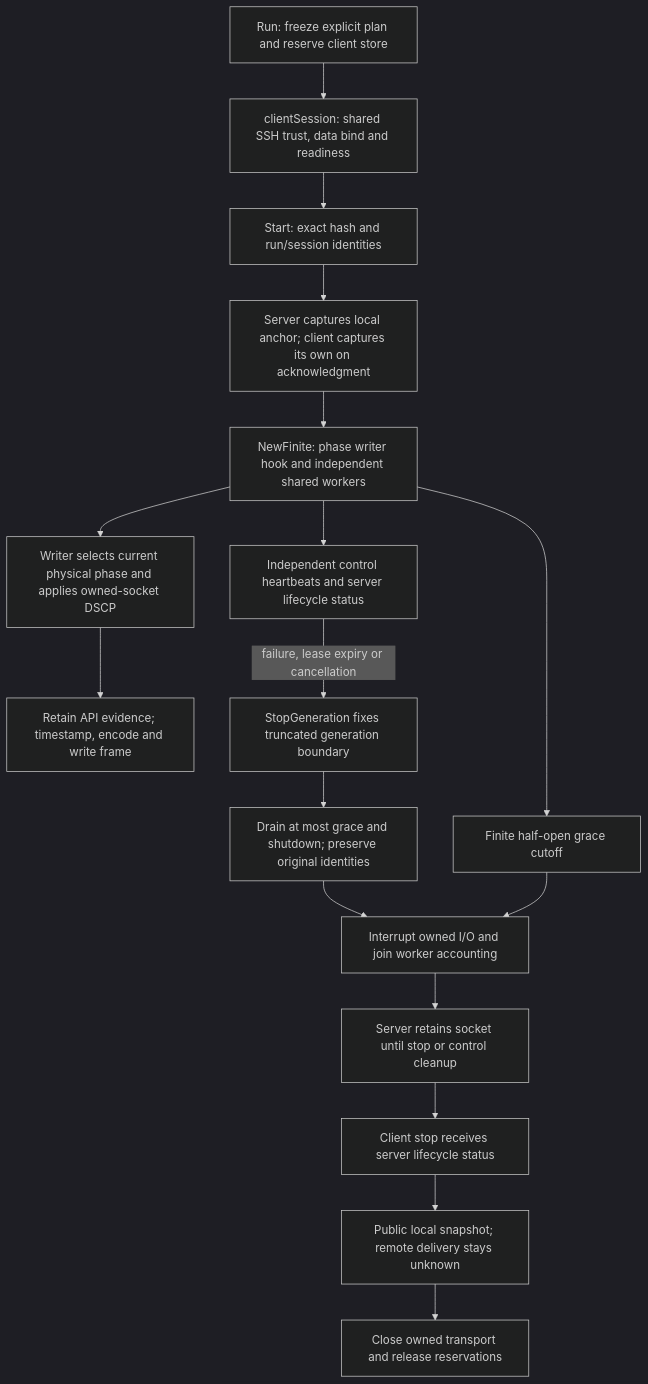
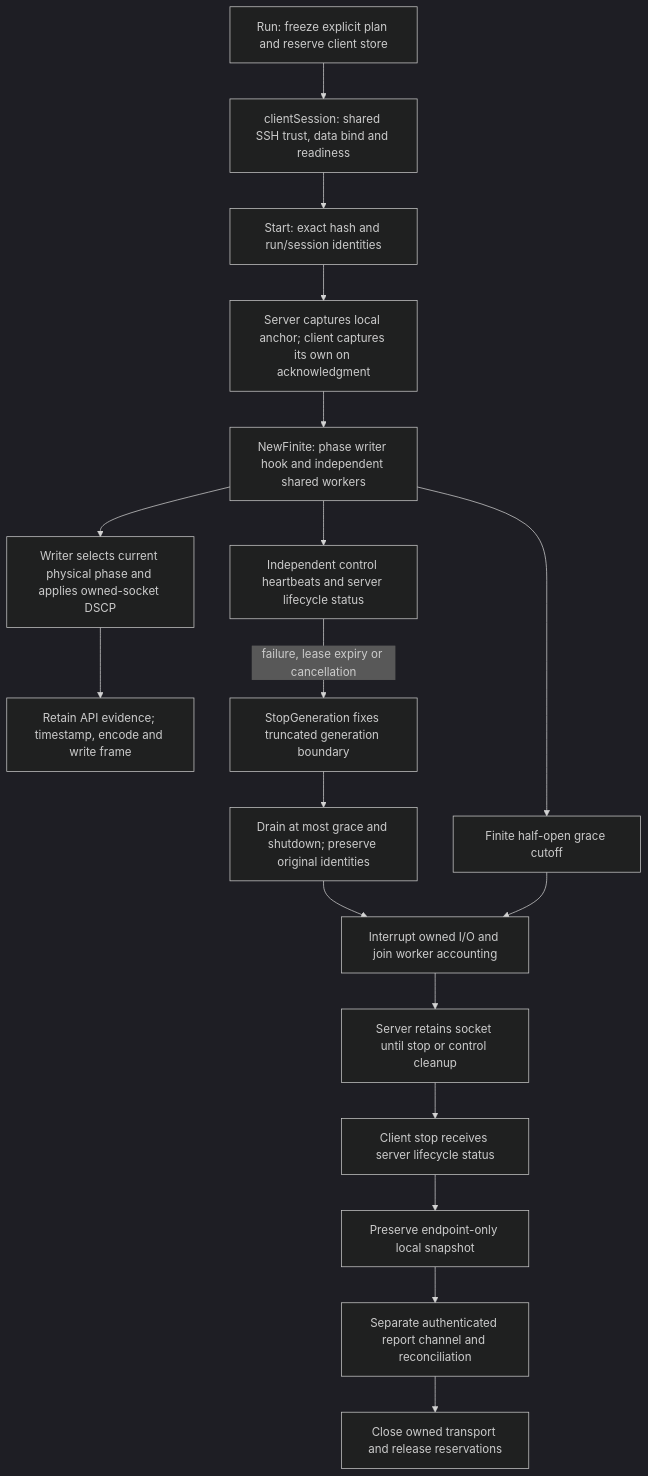
The third of 13 diagrams in FLOWCHART.md (rashidbestry/sneaky-port), drawn with Mermaid (dark theme) before and after one commit. The commit also changed other lines of this file and 17 other files, not shown here.

````diff
--- a/FLOWCHART.md
+++ b/FLOWCHART.md
@@ -70,19 +72,20 @@
 ```mermaid
 flowchart TD
     A[Run: freeze explicit plan and reserve client store] --> B[clientSession: shared SSH trust, data bind and readiness]
     B --> C[Start: exact hash and run/session identities]
     C --> D[Server captures local anchor; client captures its own on acknowledgment]
     D --> E[NewFinite: phase writer hook and independent shared workers]
     E --> F[Writer selects current physical phase and applies owned-socket DSCP]
     F --> G[Retain API evidence; timestamp, encode and write frame]
     E --> H[Independent control heartbeats and server lifecycle status]
     E --> I[Finite half-open grace cutoff]
     H -->|failure, lease expiry or cancellation| J[StopGeneration fixes truncated generation boundary]
     J --> K[Drain at most grace and shutdown; preserve original identities]
     K --> L[Interrupt owned I/O and join worker accounting]
     I --> L
     L --> M[Server retains socket until stop or control cleanup]
     M --> N[Client stop receives server lifecycle status]
-    N --> O[Public local snapshot; remote delivery stays unknown]
-    O --> P[Close owned transport and release reservations]
+    N --> O[Preserve endpoint-only local snapshot]
+    O --> R[Separate authenticated report channel and reconciliation]
+    R --> P[Close owned transport and release reservations]
 ```
````
